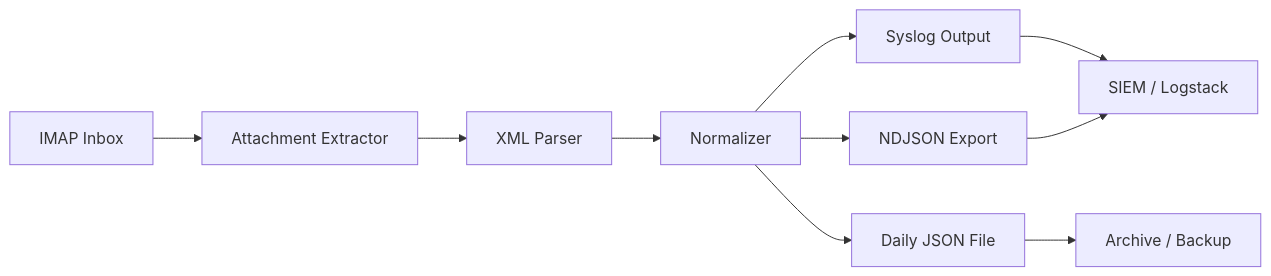
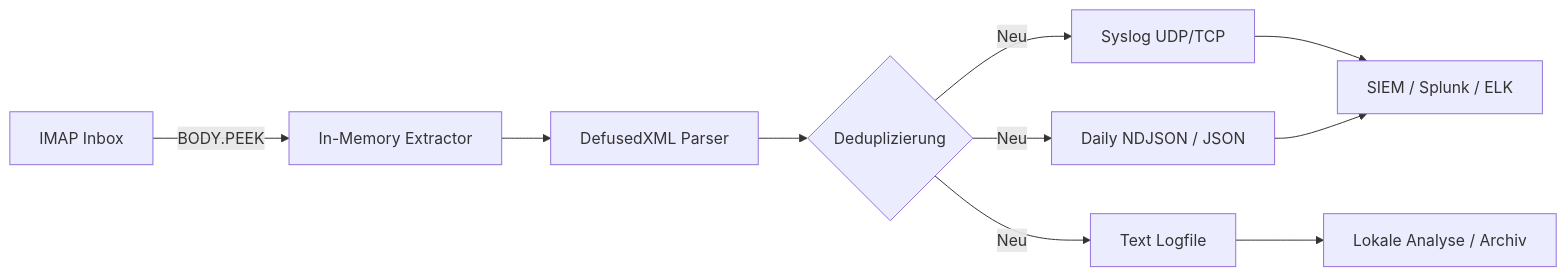
Before and after one commit to hec1976/dmarc-ingest: the first of 2 diagrams in README.md, drawn with Mermaid. The commit also changed other lines of this file, not shown here.

````diff
--- a/README.md
+++ b/README.md
@@ -102,12 +97,12 @@
 ```mermaid
 flowchart LR
-    A[IMAP Inbox] --> B[Attachment Extractor]
-    B --> C[XML Parser]
-    C --> D[Normalizer]
-    D --> E1[Syslog Output]
-    D --> E2[NDJSON Export]
-    D --> E3[Daily JSON File]
-    E1 --> F[SIEM / Logstack]
+    A[IMAP Inbox] -->|BODY.PEEK| B[In-Memory Extractor]
+    B --> C[DefusedXML Parser]
+    C --> D{Deduplizierung}
+    D -->|Neu| E1[Syslog UDP/TCP]
+    D -->|Neu| E2[Daily NDJSON / JSON]
+    D -->|Neu| E3[Text Logfile]
+    E1 --> F[SIEM / Splunk / ELK]
     E2 --> F
-    E3 --> G[Archive / Backup]
+    E3 --> G[Lokale Analyse / Archiv]
 ```
````
